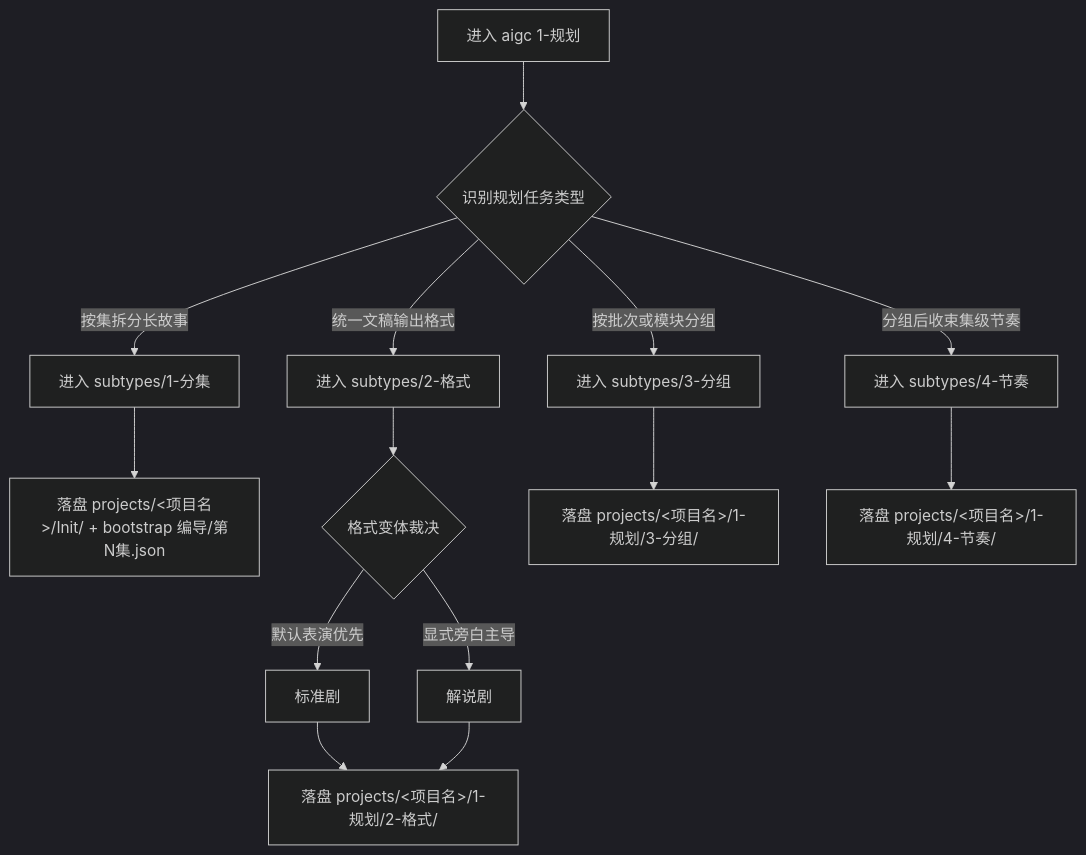
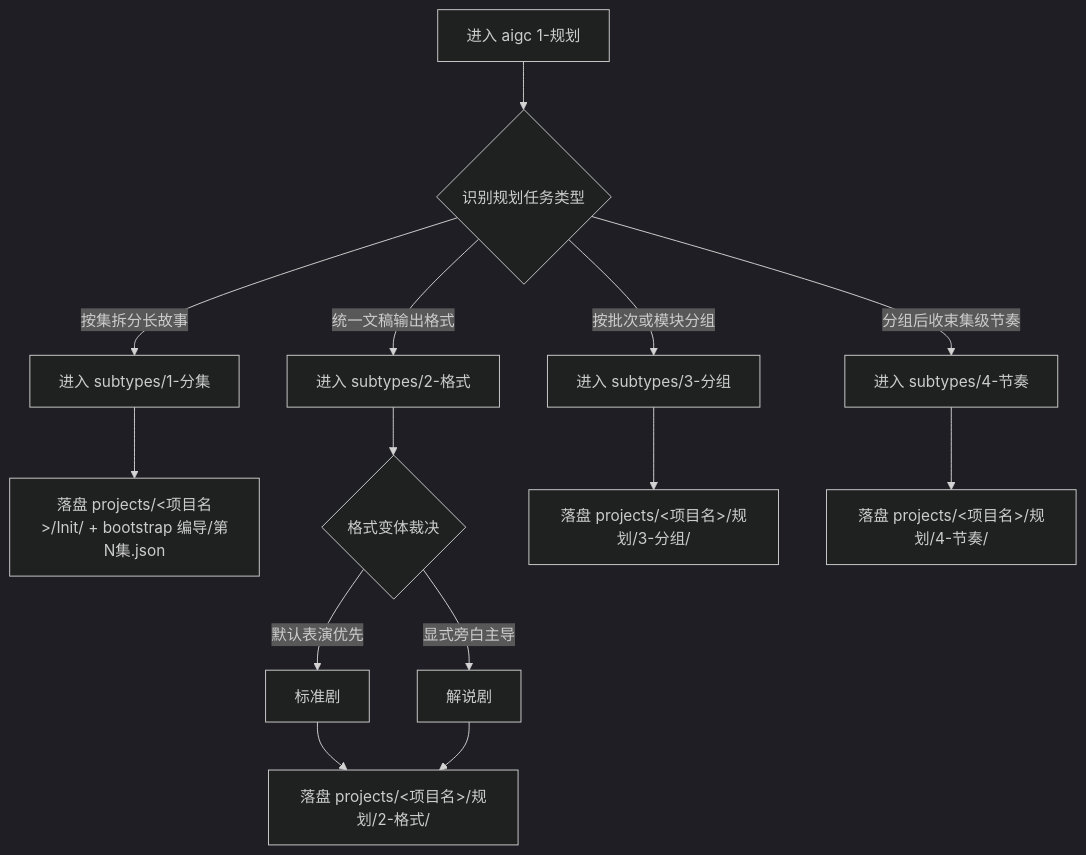
One commit to ZEN-VOID/AI-CUT changed the first of 2 diagrams in .agents/skills/aigc/1-规划/SKILL.md. Above: the diagram before and after it, drawn with Mermaid (dark theme). The commit also changed other lines of this file and 70 other files, not shown here.

````diff
--- a/.agents/skills/aigc/1-规划/SKILL.md
+++ b/.agents/skills/aigc/1-规划/SKILL.md
@@ -59,16 +59,16 @@
 ```mermaid
 flowchart TD
     A["进入 aigc 1-规划"] --> B{"识别规划任务类型"}
     B -->|"按集拆分长故事"| C["进入 subtypes/1-分集"]
     B -->|"统一文稿输出格式"| D["进入 subtypes/2-格式"]
     B -->|"按批次或模块分组"| E["进入 subtypes/3-分组"]
     B -->|"分组后收束集级节奏"| F["进入 subtypes/4-节奏"]
     C --> C1["落盘 projects/<项目名>/Init/ + bootstrap 编导/第N集.json"]
     D --> D1{"格式变体裁决"}
     D1 -->|"默认表演优先"| D2["标准剧"]
     D1 -->|"显式旁白主导"| D3["解说剧"]
-    D2 --> G["落盘 projects/<项目名>/1-规划/2-格式/"]
+    D2 --> G["落盘 projects/<项目名>/规划/2-格式/"]
     D3 --> G
-    E --> H["落盘 projects/<项目名>/1-规划/3-分组/"]
-    F --> I["落盘 projects/<项目名>/1-规划/4-节奏/"]
+    E --> H["落盘 projects/<项目名>/规划/3-分组/"]
+    F --> I["落盘 projects/<项目名>/规划/4-节奏/"]
 ```
````
